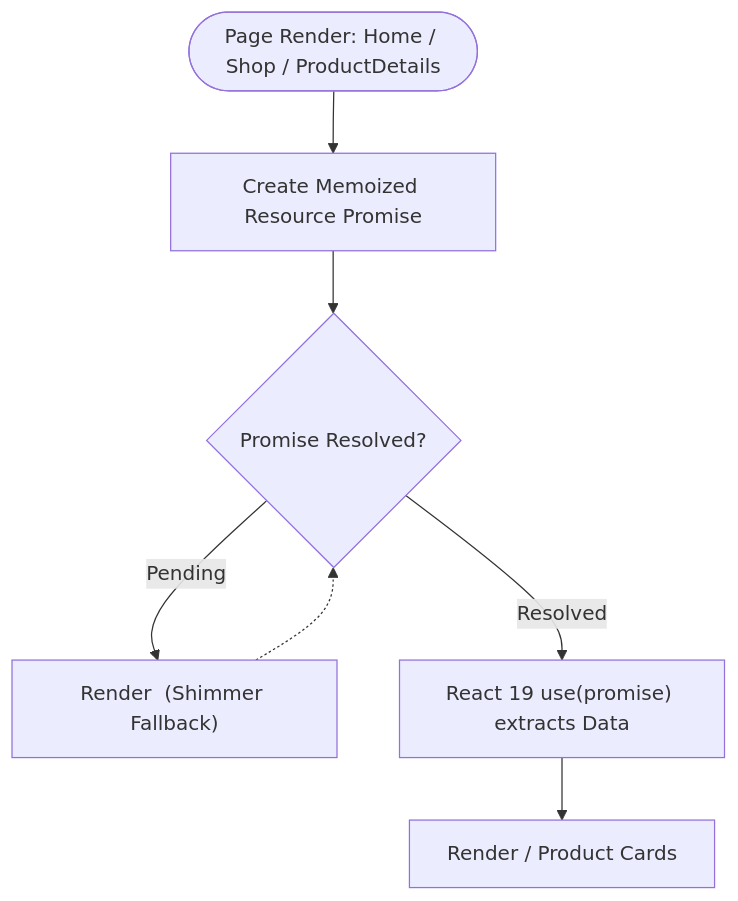
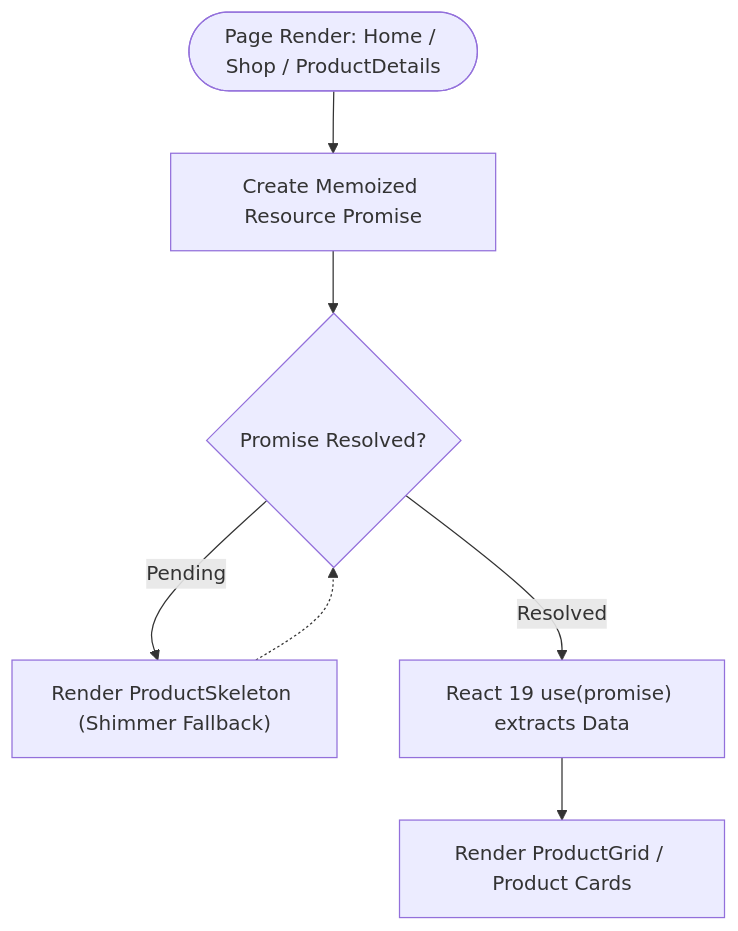
Before and after one commit to udhai-kumar/EazyKart: the fourth of 5 diagrams in README.md, drawn with Mermaid. The commit also changed other lines of this file, not shown here.

Commit message:
docs: simplify and clean up architecture diagrams and component labels in README.md

````diff
--- a/README.md
+++ b/README.md
@@ -123,11 +123,11 @@
 ```mermaid
 flowchart TD
-  Start([Page Render: Home / Shop / ProductDetails]) --> CreatePromise[Create Memoized Resource Promise]
-  CreatePromise --> SuspenseCheck{Promise Resolved?}
+  Start([Page Render: Home / Shop / ProductDetails]) --> CreatePromise["Create Memoized Resource Promise"]
+  CreatePromise --> SuspenseCheck{"Promise Resolved?"}
 
-  SuspenseCheck -- "Pending" --> RenderSkeleton["Render <ProductSkeleton /> (Shimmer Fallback)"]
+  SuspenseCheck -- "Pending" --> RenderSkeleton["Render ProductSkeleton (Shimmer Fallback)"]
   SuspenseCheck -- "Resolved" --> UseHook["React 19 use(promise) extracts Data"]
 
-  UseHook --> RenderGrid["Render <ProductGrid /> / Product Cards"]
+  UseHook --> RenderGrid["Render ProductGrid / Product Cards"]
   RenderSkeleton -.-> SuspenseCheck
 ```
````
